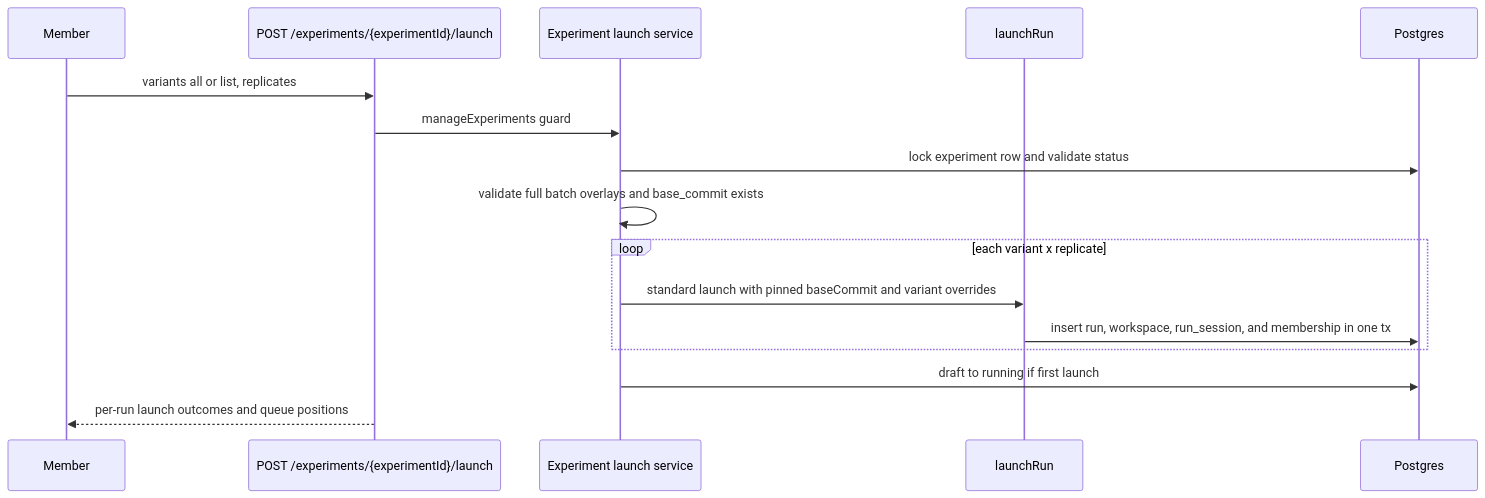
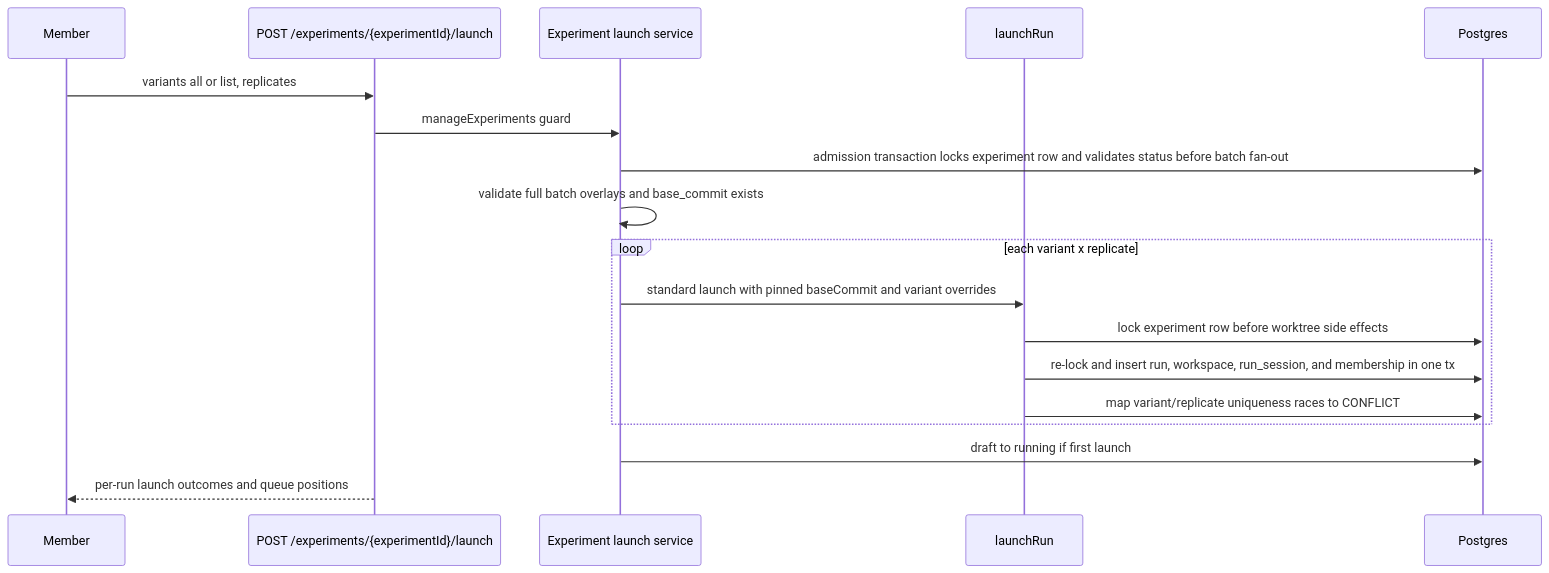
One commit to maister-dev/maister changed the third of 5 diagrams in docs/system-analytics/experiments.md. Above: the diagram before and after it, drawn with Mermaid. The commit also changed other lines of this file and 82 other files, not shown here.

````diff
--- a/docs/system-analytics/experiments.md
+++ b/docs/system-analytics/experiments.md
@@ -89,18 +90,20 @@
 ```mermaid
 sequenceDiagram
     participant U as Member
     participant R as POST /experiments/{experimentId}/launch
     participant E as Experiment launch service
     participant L as launchRun
     participant DB as Postgres
     U->>R: variants all or list, replicates
     R->>E: manageExperiments guard
-    E->>DB: lock experiment row and validate status
+    E->>DB: admission transaction locks experiment row and validates status before batch fan-out
     E->>E: validate full batch overlays and base_commit exists
     loop each variant x replicate
         E->>L: standard launch with pinned baseCommit and variant overrides
-        L->>DB: insert run, workspace, run_session, and membership in one tx
+        L->>DB: lock experiment row before worktree side effects
+        L->>DB: re-lock and insert run, workspace, run_session, and membership in one tx
+        L->>DB: map variant/replicate uniqueness races to CONFLICT
     end
     E->>DB: draft to running if first launch
     R-->>U: per-run launch outcomes and queue positions
 ```
````
